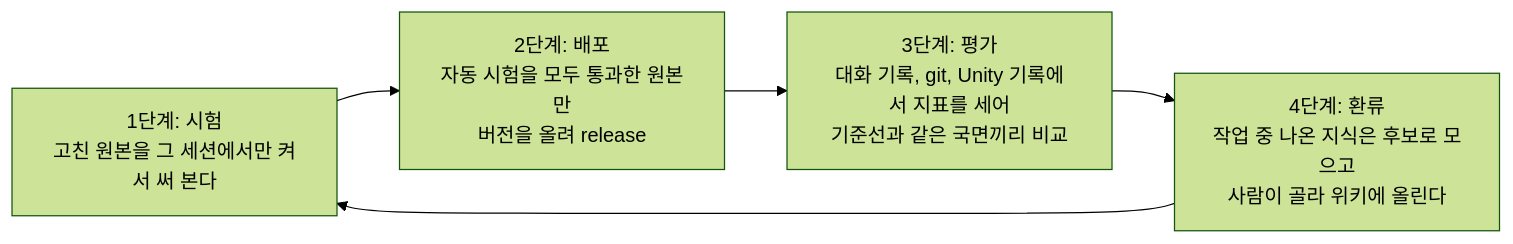
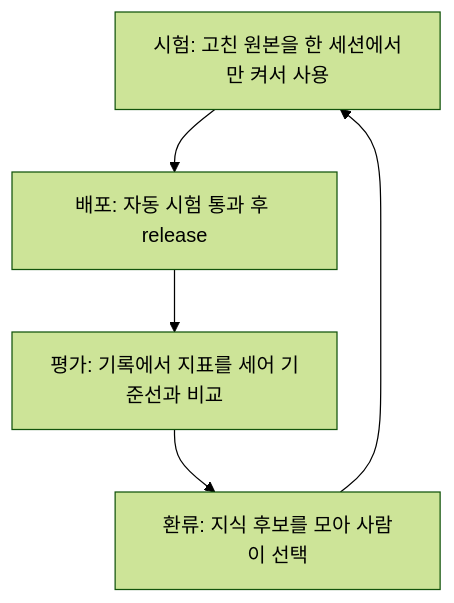
Before and after one commit to minsforgh/harness: the second of 2 diagrams in README.md, drawn with Mermaid (forest theme). The commit also changed other lines of this file, not shown here.

````diff
--- a/README.md
+++ b/README.md
@@ -58,8 +71,7 @@
 ```mermaid
-flowchart LR
-    A["1단계: 시험<br/>고친 원본을 그 세션에서만 켜서 써 본다"]
-    B["2단계: 배포<br/>자동 시험을 모두 통과한 원본만<br/>버전을 올려 release"]
-    C["3단계: 평가<br/>대화 기록, git, Unity 기록에서 지표를 세어<br/>기준선과 같은 국면끼리 비교"]
-    D["4단계: 환류<br/>작업 중 나온 지식은 후보로 모으고<br/>사람이 골라 위키에 올린다"]
-    A --> B --> C --> D --> A
+flowchart TB
+    A["시험: 고친 원본을 한 세션에서만 켜서 사용"] --> B["배포: 자동 시험 통과 후 release"]
+    B --> C["평가: 기록에서 지표를 세어 기준선과 비교"]
+    C --> D["환류: 지식 후보를 모아 사람이 선택"]
+    D --> A
 ```
````
